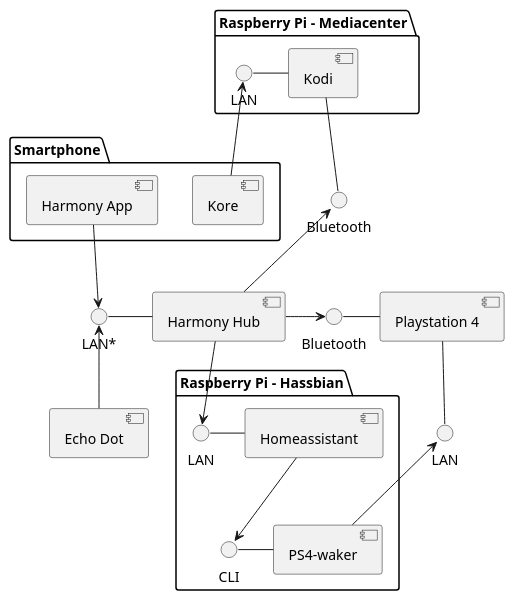
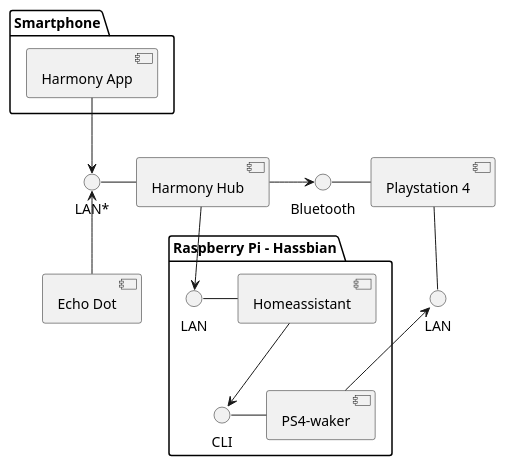
The diagram in assets/uml/aufbau.wsd (deeKay93/komunikationssysteme), drawn with PlantUML before and after one commit. The commit also changed 7 other files, not shown here.

```diff
--- a/assets/uml/aufbau.wsd
+++ b/assets/uml/aufbau.wsd
@@ -1,41 +1,32 @@
 @startuml Aufbau
 skinparam componentStyle uml2
 skinparam monochrome true
 
 interface "LAN" as lanPs4
 interface "Bluetooth" as btPs4
 interface "LAN*" as harmonyIn
 
 package "Raspberry Pi - Hassbian" {
   interface "CLI" as cliPs4W
   interface "LAN" as lanHass
   lanHass - [Homeassistant]
   [Homeassistant] --> cliPs4W
   cliPs4W - [PS4-waker]
 }
 
 [Playstation 4] -- lanPs4
 btPs4 - [Playstation 4]
 lanPs4 <--[PS4-waker]
 
-interface "Bluetooth" as btKodi
-package "Raspberry Pi - Mediacenter" {
-  [Kodi] -- btKodi
-  interface "LAN" as lanKodi
-  lanKodi - [Kodi]
-}
 package "Smartphone" {
-  ' [Kore] -> lanKodi
-  lanKodi <-- [Kore]
   [Harmony App] --> harmonyIn
 }
 
 
 harmonyIn <-- [Echo Dot]
 
 harmonyIn - [Harmony Hub]
 [Harmony Hub] -> btPs4
 [Harmony Hub] --> lanHass
-btKodi <-- [Harmony Hub]
 
 @enduml
```
